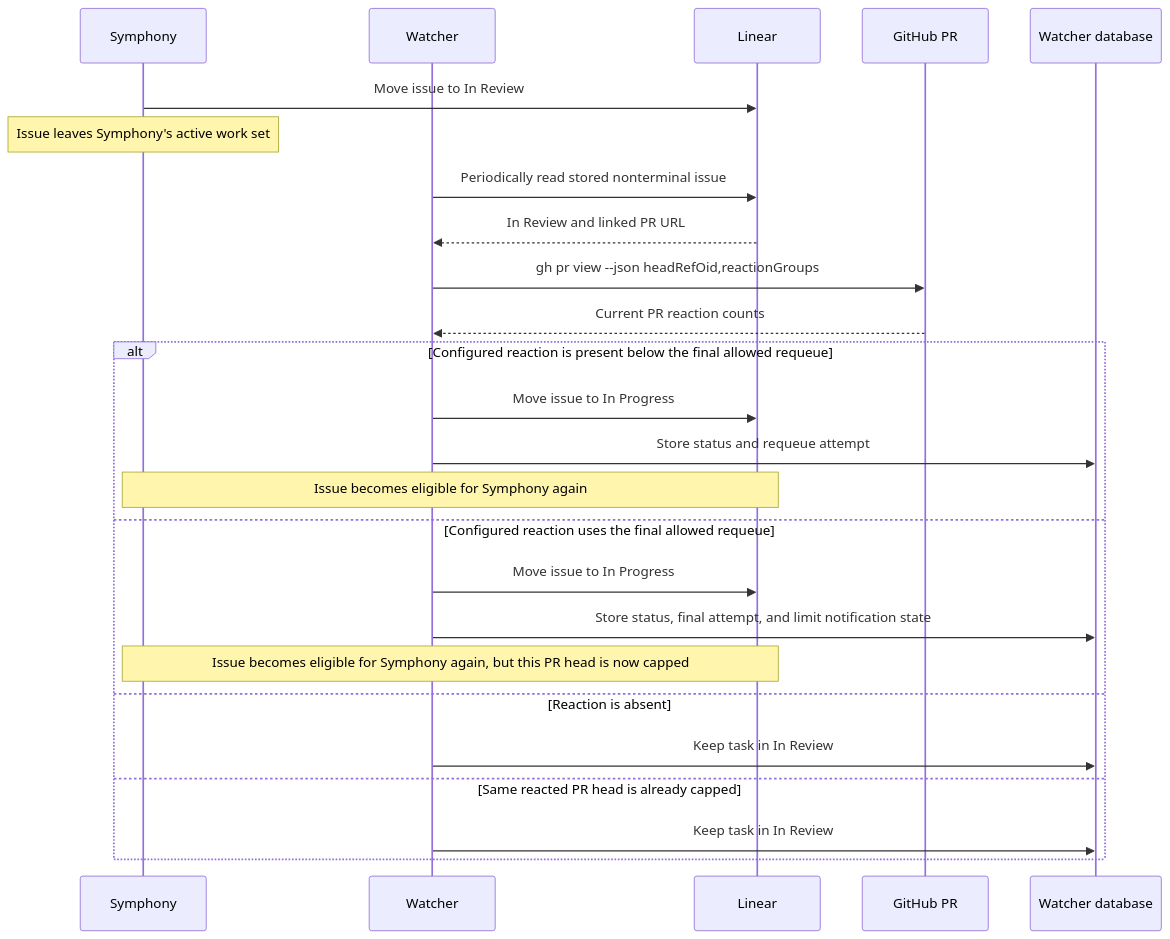
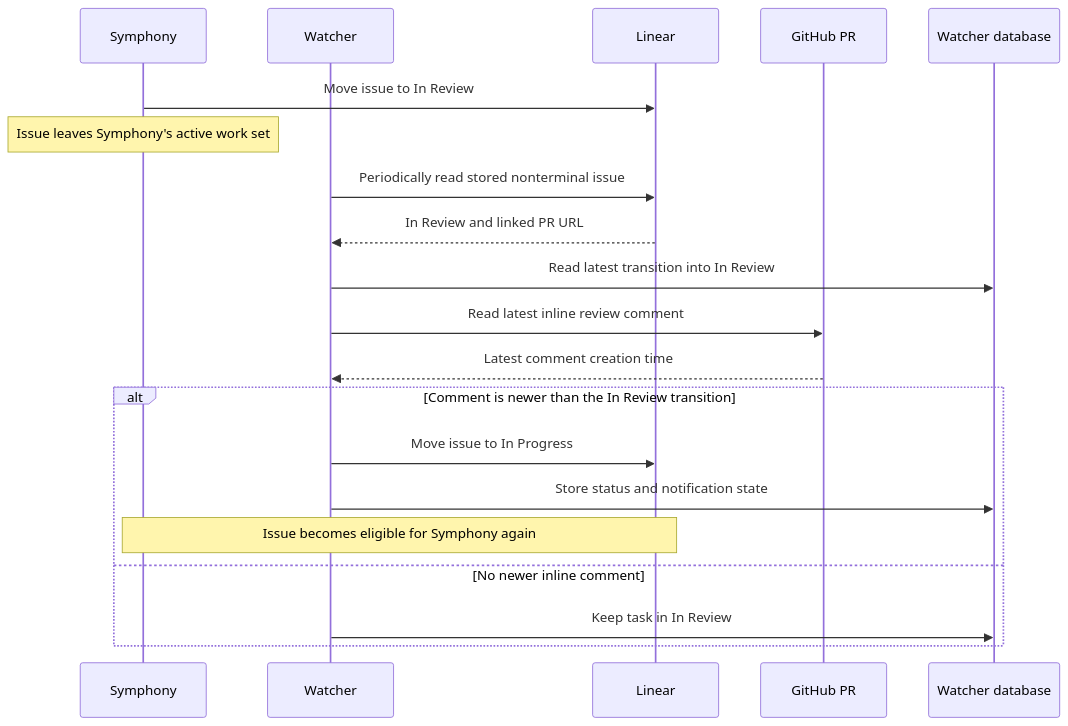
One commit to hiroppy/orchestrators changed the second of 2 diagrams in docs/architecture.md. Above: the diagram before and after it, drawn with Mermaid. The commit also changed other lines of this file and 26 other files, not shown here.

Commit message:
feat(watcher): requeue inline review comments

````diff
--- a/docs/architecture.md
+++ b/docs/architecture.md
@@ -100,28 +98,23 @@
 ```mermaid
 sequenceDiagram
   participant S as Symphony
   participant W as Watcher
   participant L as Linear
   participant G as GitHub PR
   participant DB as Watcher database
 
   S->>L: Move issue to In Review
   Note over S: Issue leaves Symphony's active work set
   W->>L: Periodically read stored nonterminal issue
   L-->>W: In Review and linked PR URL
-  W->>G: gh pr view --json headRefOid,reactionGroups
-  G-->>W: Current PR reaction counts
-  alt Configured reaction is present below the final allowed requeue
+  W->>DB: Read latest transition into In Review
+  W->>G: Read latest inline review comment
+  G-->>W: Latest comment creation time
+  alt Comment is newer than the In Review transition
     W->>L: Move issue to In Progress
-    W->>DB: Store status and requeue attempt
+    W->>DB: Store status and notification state
     Note over S,L: Issue becomes eligible for Symphony again
-  else Configured reaction uses the final allowed requeue
-    W->>L: Move issue to In Progress
-    W->>DB: Store status, final attempt, and limit notification state
-    Note over S,L: Issue becomes eligible for Symphony again, but this PR head is now capped
-  else Reaction is absent
-    W->>DB: Keep task in In Review
-  else Same reacted PR head is already capped
+  else No newer inline comment
     W->>DB: Keep task in In Review
   end
 ```
````
